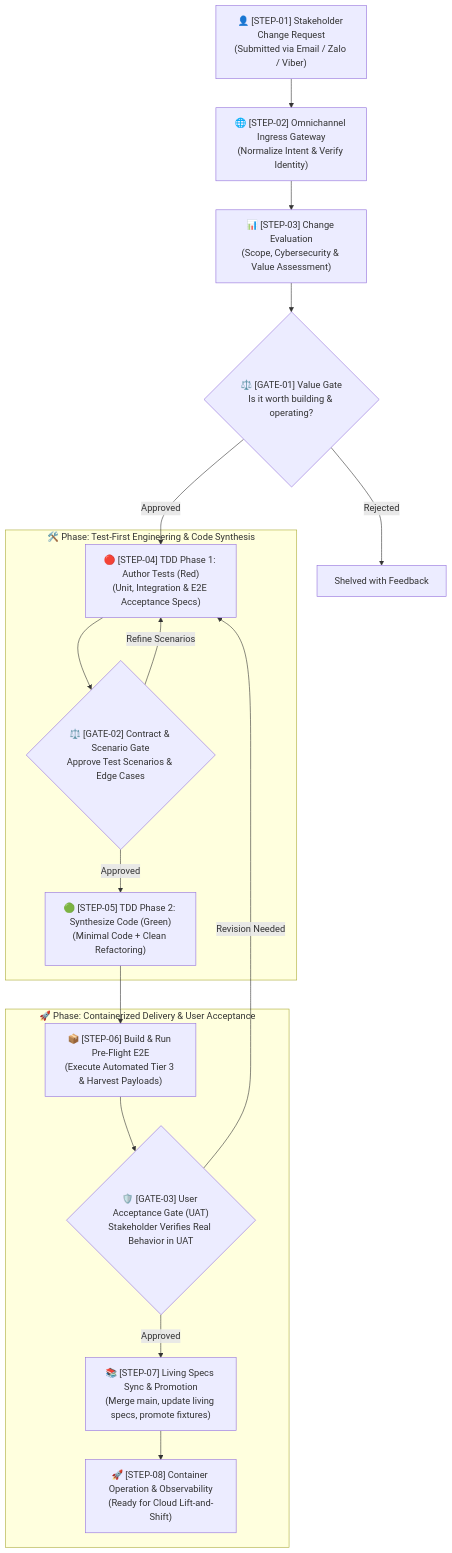
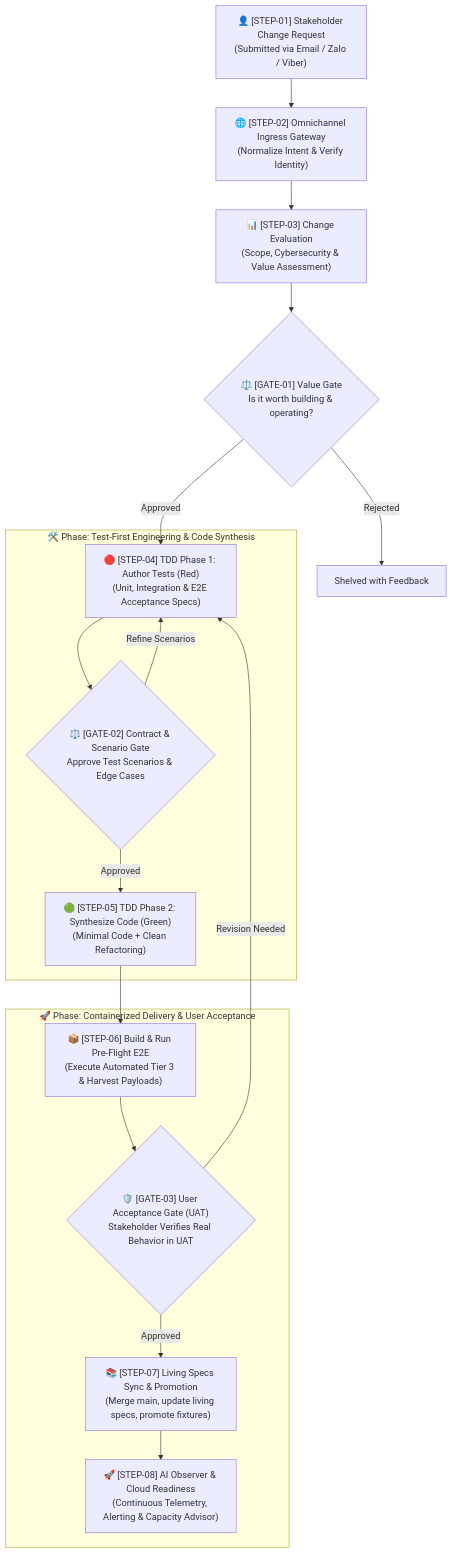
Before and after one commit to sonnormal/stratum-meta: the diagram in standards/sdlc.md, drawn with Mermaid. The commit also changed other lines of this file and 5 other files, not shown here.

Commit message:
feat(observer): implement autonomous AI infrastructure observer and capacity advisor (STEP-08)

````diff
--- a/standards/sdlc.md
+++ b/standards/sdlc.md
@@ -11,36 +11,36 @@
 ```mermaid
 graph TD
     User["👤 [STEP-01] Stakeholder Change Request<br/>(Submitted via Email / Zalo / Viber)"]
     Gateway["🌐 [STEP-02] Omnichannel Ingress Gateway<br/>(Normalize Intent & Verify Identity)"]
     Eval["📊 [STEP-03] Change Evaluation<br/>(Scope, Cybersecurity & Value Assessment)"]
     Gate1{"⚖️ [GATE-01] Value Gate<br/>Is it worth building & operating?"}
 
     User --> Gateway
     Gateway --> Eval
     Eval --> Gate1
     Gate1 -->|"Approved"| TDDPhase1
     Gate1 -->|"Rejected"| Cancel["Shelved with Feedback"]
 
     subgraph TDD ["🛠️ Phase: Test-First Engineering & Code Synthesis"]
         TDDPhase1["🔴 [STEP-04] TDD Phase 1: Author Tests (Red)<br/>(Unit, Integration & E2E Acceptance Specs)"]
         Gate2{"⚖️ [GATE-02] Contract & Scenario Gate<br/>Approve Test Scenarios & Edge Cases"}
         TDDPhase2["🟢 [STEP-05] TDD Phase 2: Synthesize Code (Green)<br/>(Minimal Code + Clean Refactoring)"]
 
         TDDPhase1 --> Gate2
         Gate2 -->|"Approved"| TDDPhase2
         Gate2 -->|"Refine Scenarios"| TDDPhase1
     end
 
     subgraph Delivery ["🚀 Phase: Containerized Delivery & User Acceptance"]
         DeployUAT["📦 [STEP-06] Build & Run Pre-Flight E2E<br/>(Execute Automated Tier 3 & Harvest Payloads)"]
         Gate3{"🛡️ [GATE-03] User Acceptance Gate (UAT)<br/>Stakeholder Verifies Real Behavior in UAT"}
         SyncDoc["📚 [STEP-07] Living Specs Sync & Promotion<br/>(Merge main, update living specs, promote fixtures)"]
-        Operate["🚀 [STEP-08] Container Operation & Observability<br/>(Ready for Cloud Lift-and-Shift)"]
+        Operate["🚀 [STEP-08] AI Observer & Cloud Readiness<br/>(Continuous Telemetry, Alerting & Capacity Advisor)"]
 
         TDDPhase2 --> DeployUAT
         DeployUAT --> Gate3
         Gate3 -->|"Approved"| SyncDoc
         SyncDoc --> Operate
         Gate3 -->|"Revision Needed"| TDDPhase1
     end
 ```
````
